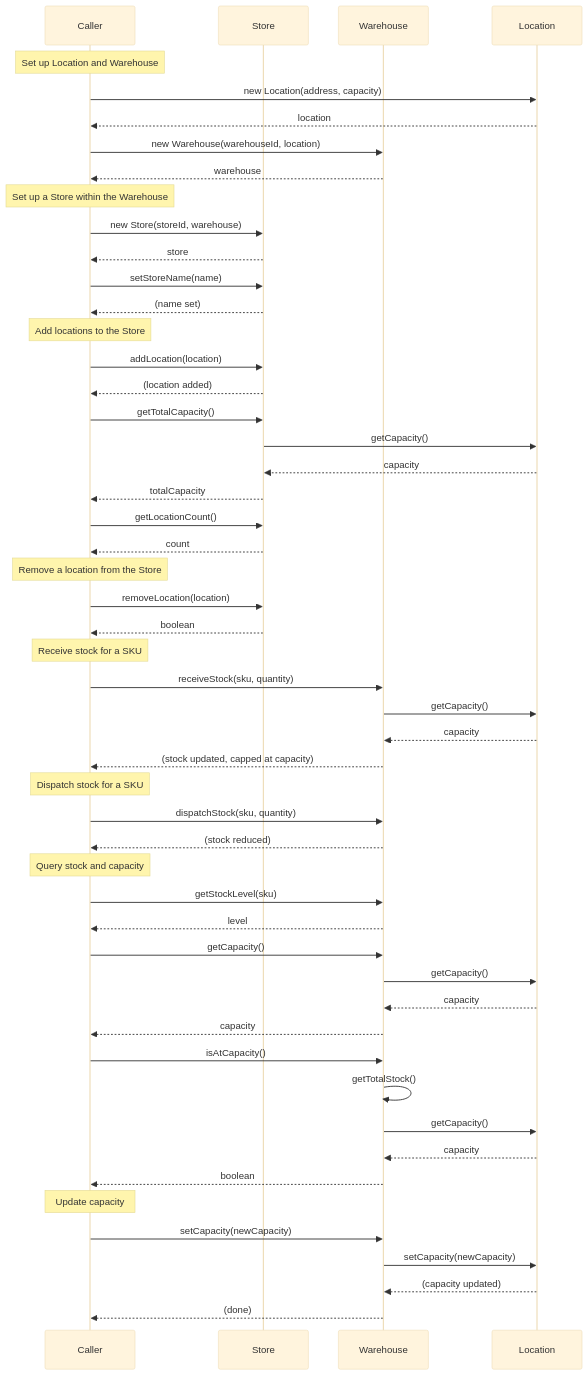
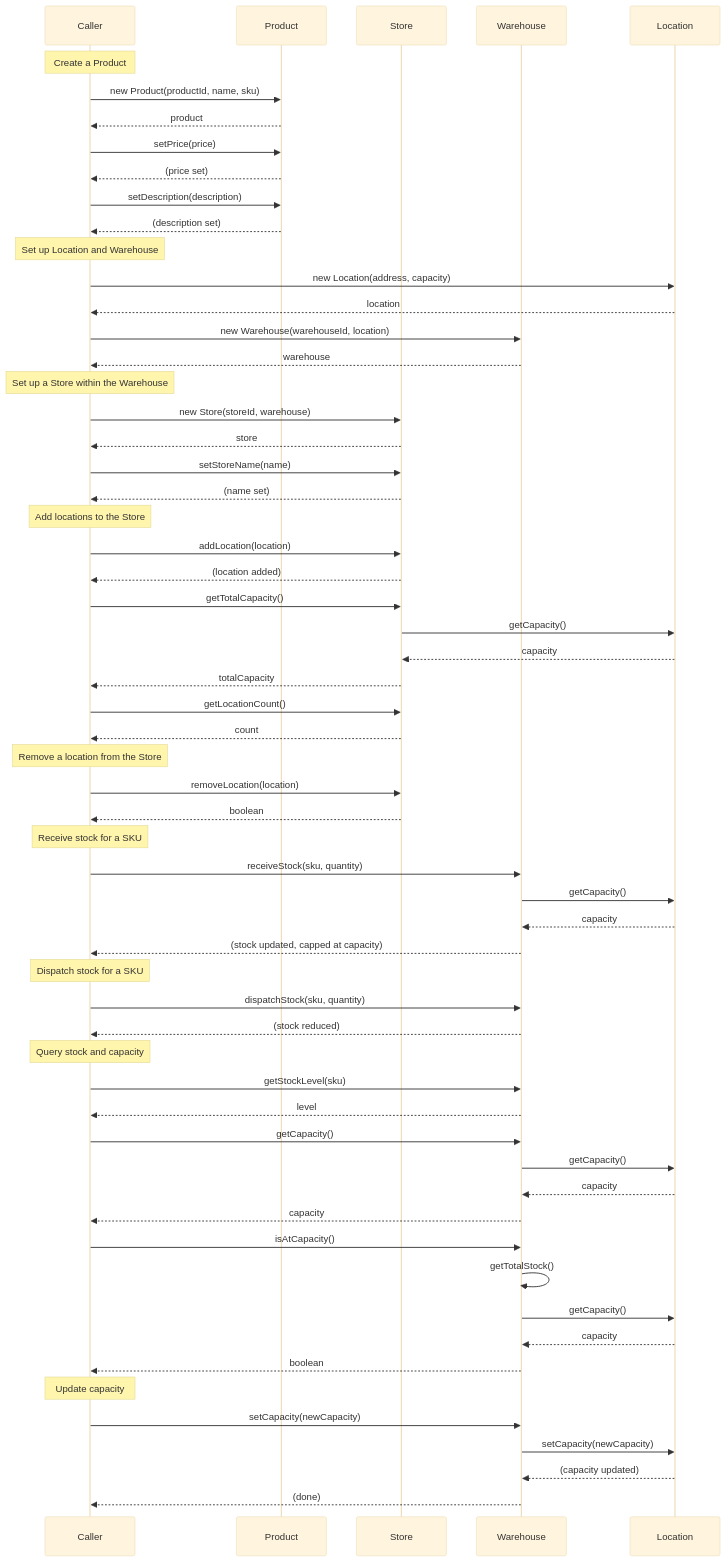
Before and after one commit to nichom01/GitHub-bob-demo: the diagram in docs/diagrams/sequence-diagram.md, drawn with Mermaid (base theme). The commit also changed 3 other files, not shown here.

Commit message:
docs: auto-update release notes and diagrams via Bob

````diff
--- a/docs/diagrams/sequence-diagram.md
+++ b/docs/diagrams/sequence-diagram.md
@@ -3,68 +3,79 @@
 ```mermaid
 sequenceDiagram
     participant Caller
+    participant Product
     participant Store
     participant Warehouse
     participant Location
+
+    Note over Caller: Create a Product
+    Caller->>Product: new Product(productId, name, sku)
+    Product-->>Caller: product
+
+    Caller->>Product: setPrice(price)
+    Product-->>Caller: (price set)
+
+    Caller->>Product: setDescription(description)
+    Product-->>Caller: (description set)
 
     Note over Caller: Set up Location and Warehouse
     Caller->>Location: new Location(address, capacity)
     Location-->>Caller: location
 
     Caller->>Warehouse: new Warehouse(warehouseId, location)
     Warehouse-->>Caller: warehouse
 
     Note over Caller: Set up a Store within the Warehouse
     Caller->>Store: new Store(storeId, warehouse)
     Store-->>Caller: store
 
     Caller->>Store: setStoreName(name)
     Store-->>Caller: (name set)
 
     Note over Caller: Add locations to the Store
     Caller->>Store: addLocation(location)
     Store-->>Caller: (location added)
 
     Caller->>Store: getTotalCapacity()
     Store->>Location: getCapacity()
     Location-->>Store: capacity
     Store-->>Caller: totalCapacity
 
     Caller->>Store: getLocationCount()
     Store-->>Caller: count
 
     Note over Caller: Remove a location from the Store
     Caller->>Store: removeLocation(location)
     Store-->>Caller: boolean
 
     Note over Caller: Receive stock for a SKU
     Caller->>Warehouse: receiveStock(sku, quantity)
     Warehouse->>Location: getCapacity()
     Location-->>Warehouse: capacity
     Warehouse-->>Caller: (stock updated, capped at capacity)
 
     Note over Caller: Dispatch stock for a SKU
     Caller->>Warehouse: dispatchStock(sku, quantity)
     Warehouse-->>Caller: (stock reduced)
 
     Note over Caller: Query stock and capacity
     Caller->>Warehouse: getStockLevel(sku)
     Warehouse-->>Caller: level
 
     Caller->>Warehouse: getCapacity()
     Warehouse->>Location: getCapacity()
     Location-->>Warehouse: capacity
     Warehouse-->>Caller: capacity
 
     Caller->>Warehouse: isAtCapacity()
     Warehouse->>Warehouse: getTotalStock()
     Warehouse->>Location: getCapacity()
     Location-->>Warehouse: capacity
     Warehouse-->>Caller: boolean
 
     Note over Caller: Update capacity
     Caller->>Warehouse: setCapacity(newCapacity)
     Warehouse->>Location: setCapacity(newCapacity)
     Location-->>Warehouse: (capacity updated)
     Warehouse-->>Caller: (done)
 ```
````
